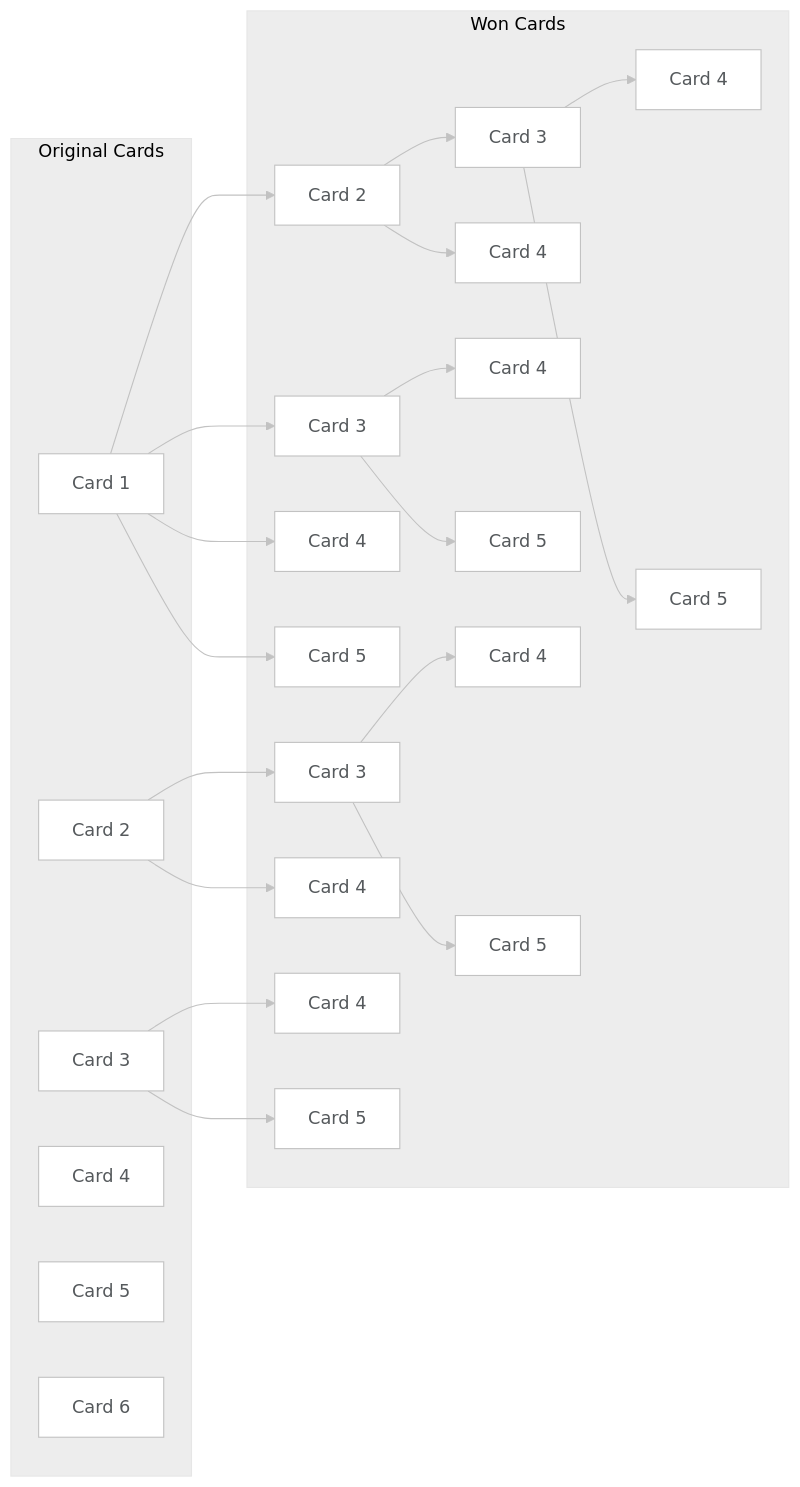
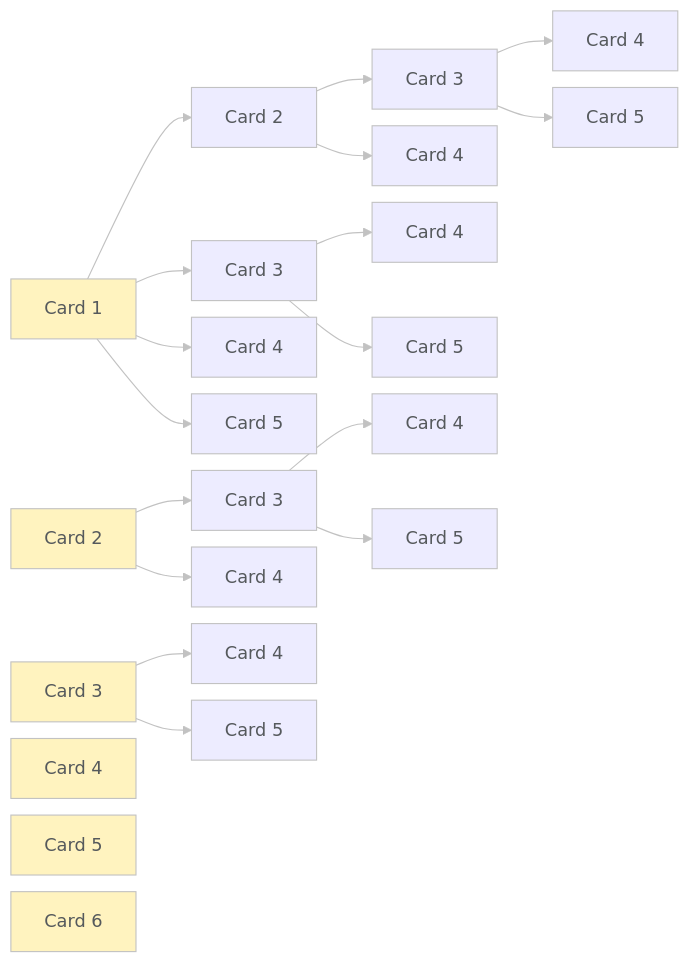
The diagram in posts/2023/04/2023-04.qmd (pf981/pf981.github.io), drawn with Mermaid before and after one commit. The commit also changed other lines of this file, not shown here.

Commit message:
Improve graph

````diff
--- a/posts/2023/04/2023-04.qmd
+++ b/posts/2023/04/2023-04.qmd
@@ -162,53 +165,47 @@
 ```{mermaid}
 %%{
   init: {
     'theme': 'base',
     'themeVariables': {
       'primaryColor': '#55595c',
       'primaryTextColor': '#55595c',
       'primaryBorderColor': '#C2C2C2',
       'lineColor': '#C2C2C2',
       'secondaryColor': '#C2C2C2',
       'tertiaryColor': '#fff',
       'background': '#FFFFFF',
       'mainBkg': '#FFFFFF',
       'clusterBkg': '#ededed'
+    },
+    'flowchart': {
+      'nodeSpacing': 15,
+      'rankSpacing': 50
     }
   }
 }%%
 flowchart LR
-  subgraph s1 [Original Cards]
-    A[Card 1]
-    B[Card 2]
-    C[Card 3]
-    D[Card 4]
-    E[Card 5]
-    F[Card 6]
-  end
-  A --> A1[Card 2]
-  A --> A2[Card 3]
-  A --> A3[Card 4]
-  A --> A4[Card 5]
-  subgraph s2 [Won Cards]
-    A1 --> A11[Card 3]
-    A1 --> A12[Card 4]
-    A2 --> A21[Card 4]
-    A2 --> A22[Card 5]
-    A3
-    A4
-    A11 --> A111[Card 4]
-    A11 --> A112[Card 5]
+  A[Card 1]:::starting --> A1[Card 2]
+  A[Card 1] --> A2[Card 3]
+  A[Card 1] --> A3[Card 4]
+  A[Card 1] --> A4[Card 5]
+  A1 --> A11[Card 3]
+  A1 --> A12[Card 4]
+  A2 --> A21[Card 4]
+  A2 --> A22[Card 5]
+  A11 --> A111[Card 4]
+  A11 --> A112[Card 5]
+
+  B[Card 2]:::starting --> B1[Card 3]
+  B[Card 2] --> B2[Card 4]
+  B1 --> B11[Card 4]
+  B1 --> B12[Card 5]
   
-    B[Card 2] --> B1[Card 3]
-    B[Card 2] --> B2[Card 4]
-    B1 --> B11[Card 4]
-    B1 --> B12[Card 5]
-    
-    C[Card 3] --> C1[Card 4]
-    C[Card 3] --> C2[Card 5]
-    
-    D[Card 4]
-    E[Card 5]
-    F[Card 6]
-  end
+  C[Card 3]:::starting --> C1[Card 4]
+  C[Card 3] --> C2[Card 5]
+  
+  D[Card 4]:::starting
+  E[Card 5]:::starting
+  F[Card 6]:::starting
+  classDef default fill:#EDECFF
+  classDef starting fill:#FFF3BF
 ```
````
